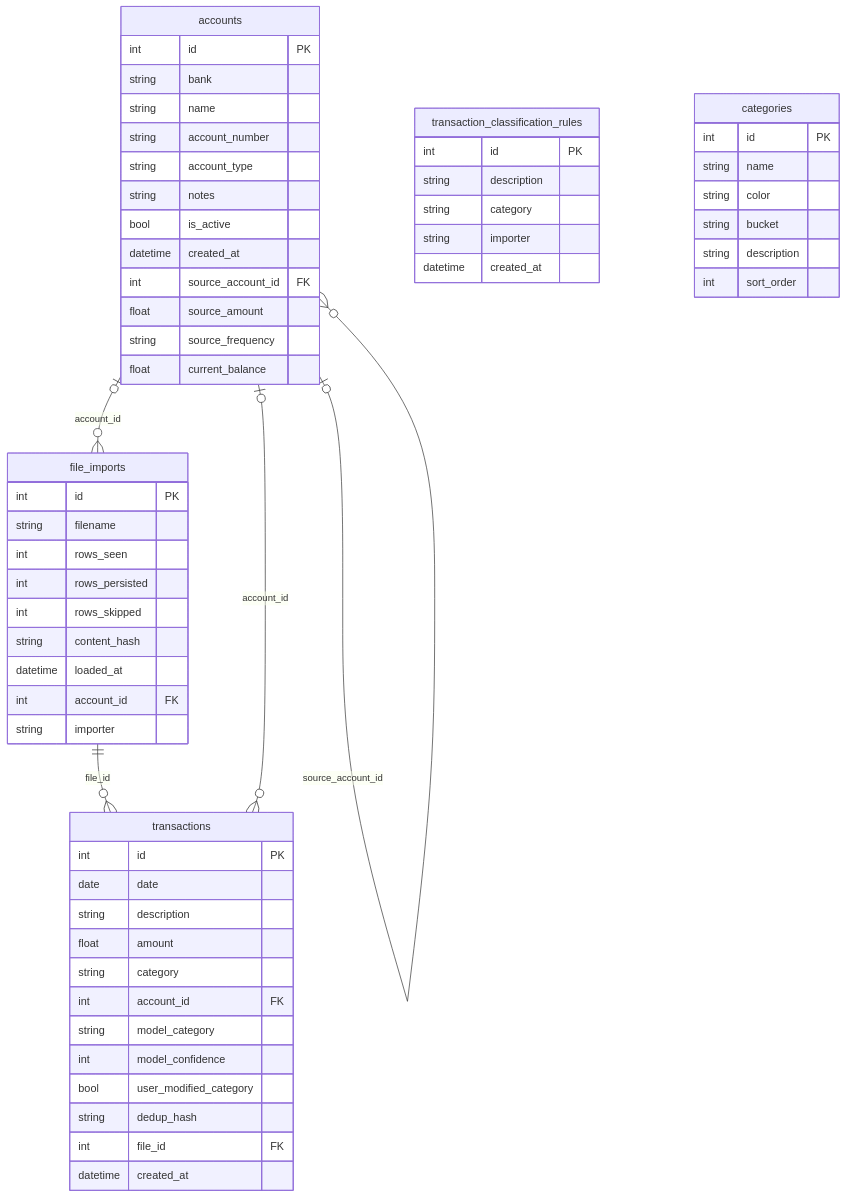
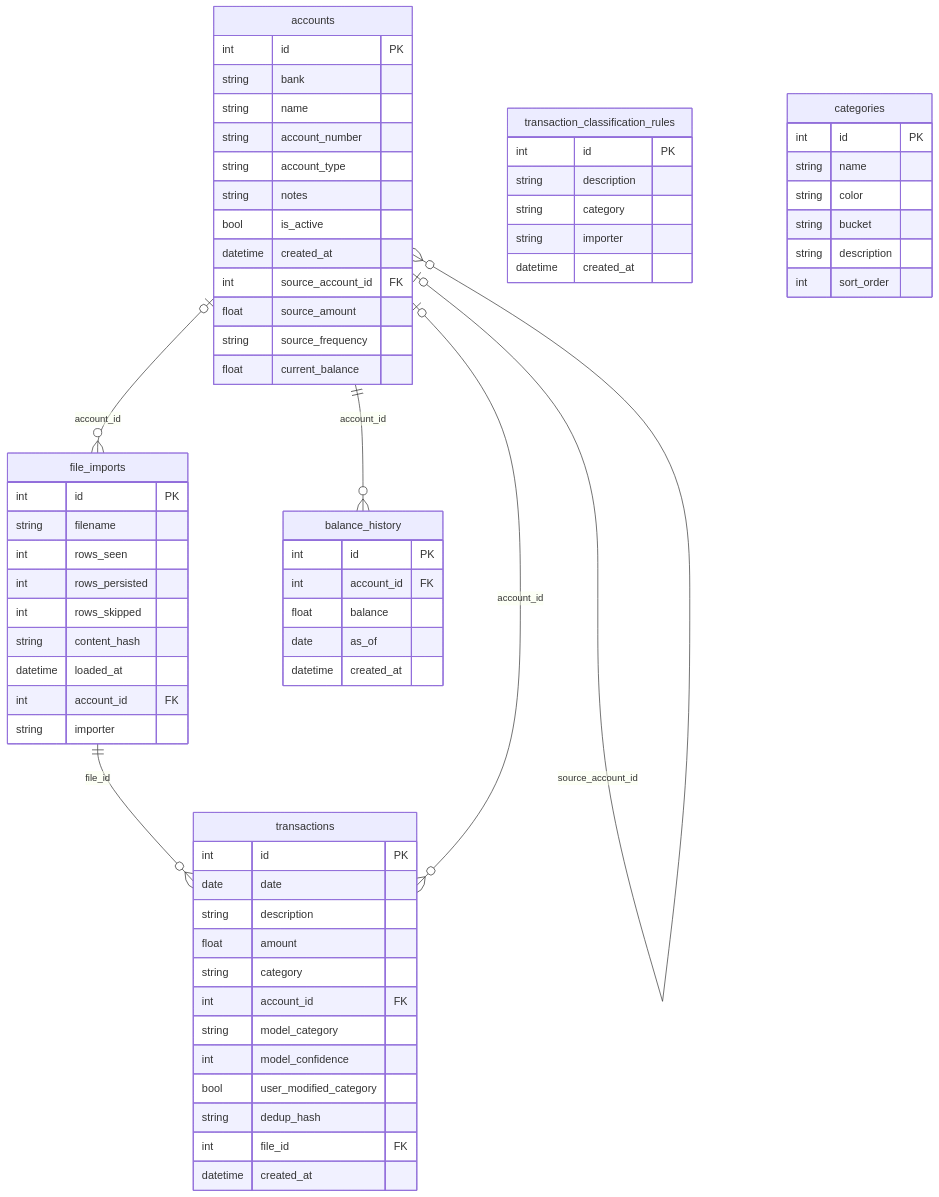
Before and after one commit to ag-sd/faresight: the diagram in README.md, drawn with Mermaid. The commit also changed other lines of this file and 18 other files, not shown here.

````diff
--- a/README.md
+++ b/README.md
@@ -201,66 +207,75 @@
 ```mermaid
 erDiagram
     file_imports {
         int      id           PK
         string   filename
         int      rows_seen
         int      rows_persisted
         int      rows_skipped
         string   content_hash
         datetime loaded_at
         int      account_id   FK
         string   importer
     }
 
     accounts {
         int      id                 PK
         string   bank
         string   name
         string   account_number
         string   account_type
         string   notes
         bool     is_active
         datetime created_at
         int      source_account_id FK
         float    source_amount
         string   source_frequency
         float    current_balance
     }
 
     transactions {
         int      id                    PK
         date     date
         string   description
         float    amount
         string   category
         int      account_id            FK
         string   model_category
         int      model_confidence
         bool     user_modified_category
         string   dedup_hash
         int      file_id               FK
         datetime created_at
     }
 
     transaction_classification_rules {
         int      id          PK
         string   description
         string   category
         string   importer
         datetime created_at
     }
 
     categories {
         int      id          PK
         string   name
         string   color
         string   bucket
         string   description
         int      sort_order
     }
 
+    balance_history {
+        int      id         PK
+        int      account_id FK
+        float    balance
+        date     as_of
+        datetime created_at
+    }
+
     file_imports  ||--o{ transactions : "file_id"
     accounts      |o--o{ transactions : "account_id"
     accounts      |o--o{ accounts     : "source_account_id"
     accounts      |o--o{ file_imports : "account_id"
+    accounts      ||--o{ balance_history : "account_id"
 ```
````
